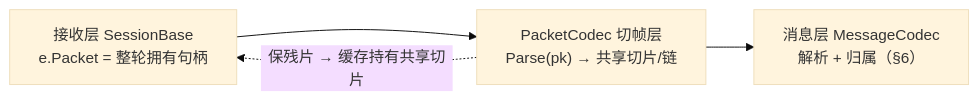
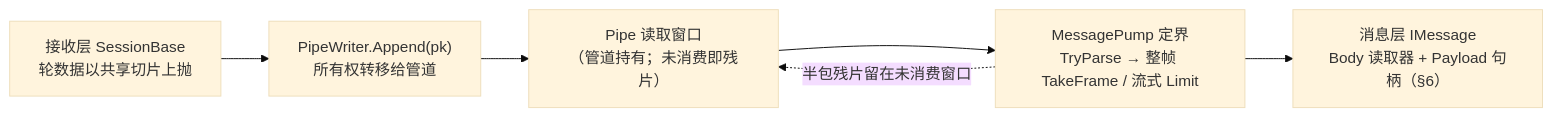
One commit to NewLifeX/X changed the second of 2 diagrams in Doc/网络缓冲所有权架构.md. Above: the diagram before and after it, drawn with Mermaid (base theme). The commit also changed other lines of this file and 2 other files, not shown here.

````diff
--- a/Doc/网络缓冲所有权架构.md
+++ b/Doc/网络缓冲所有权架构.md
@@ -86,6 +86,8 @@
 ```mermaid
 flowchart LR
-    R["接收层 SessionBase<br/>e.Packet = 整轮拥有句柄"] --> C["PacketCodec 切帧层<br/>Parse(pk) → 共享切片/链"]
-    C --> M["消息层 MessageCodec<br/>解析 + 归属（§6）"]
-    C -. "保残片 → 缓存持有共享切片" .-> R
+    R["接收层 SessionBase<br/>轮数据以共享切片上抛"] --> W["PipeWriter.Append(pk)<br/>所有权转移给管道"]
+    W --> P["Pipe 读取窗口<br/>（管道持有；未消费即残片）"]
+    P --> C["MessagePump 定界<br/>TryParse → 整帧 TakeFrame / 流式 Limit"]
+    C --> M["消息层 IMessage<br/>Body 读取器 + Payload 句柄（§6）"]
+    C -. "半包残片留在未消费窗口" .-> P
 ```
````
